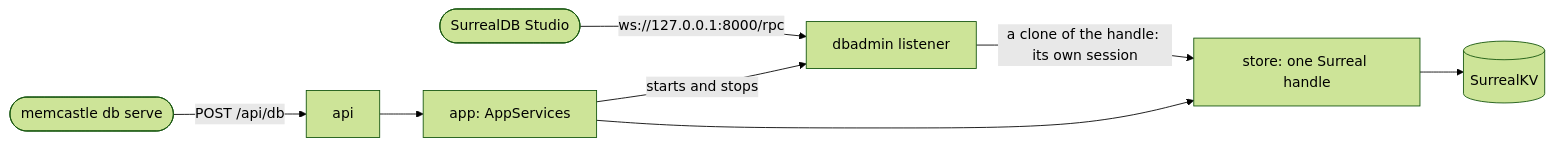
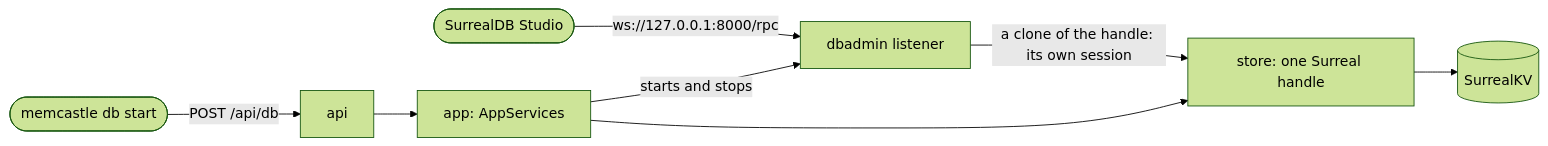
The third of 8 diagrams in docs/architecture.md (noirbizarre/memcastle), drawn with Mermaid (forest theme) before and after one commit. The commit also changed other lines of this file and 19 other files, not shown here.

First line of the commit message:
refactor(db)!: rename db serve to db start and make it idempotent (#130)

````diff
--- a/docs/architecture.md
+++ b/docs/architecture.md
@@ -125,10 +125,10 @@
 ```mermaid
 flowchart LR
     studio([SurrealDB Studio]) -- "ws://127.0.0.1:8000/rpc" --> admin[dbadmin listener]
-    cli([memcastle db serve]) -- "POST /api/db" --> api[api]
+    cli([memcastle db start]) -- "POST /api/db" --> api[api]
     api --> app[app: AppServices]
     app -- starts and stops --> admin
     admin -- "a clone of the handle: its own session" --> store[store: one Surreal handle]
     app --> store
     store --> kv[(SurrealKV)]
 ```
````
